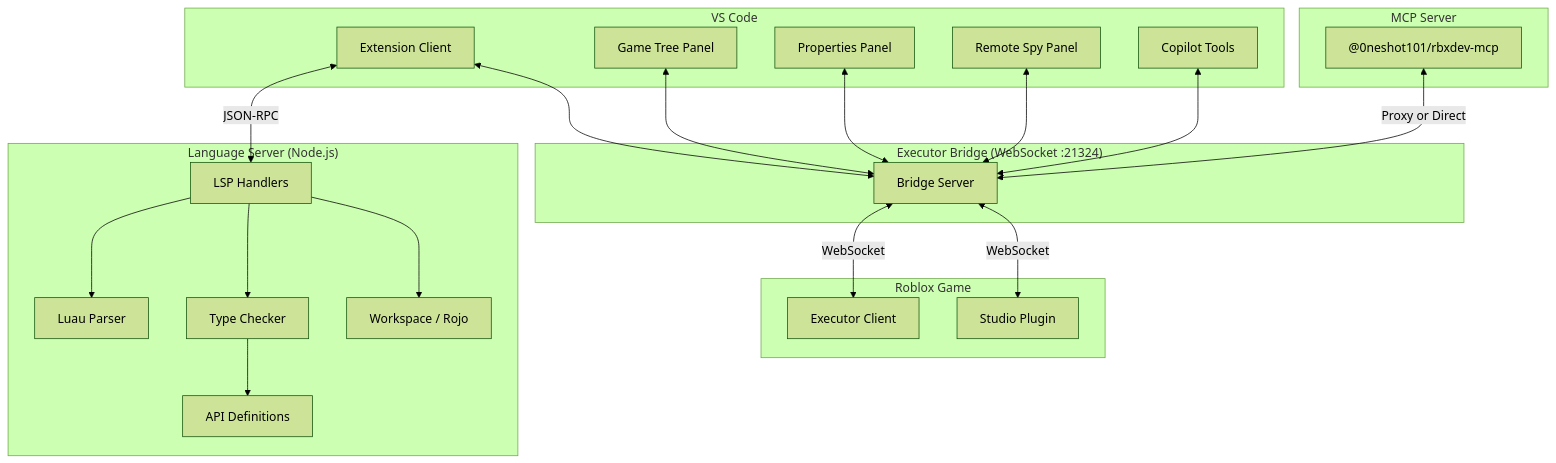
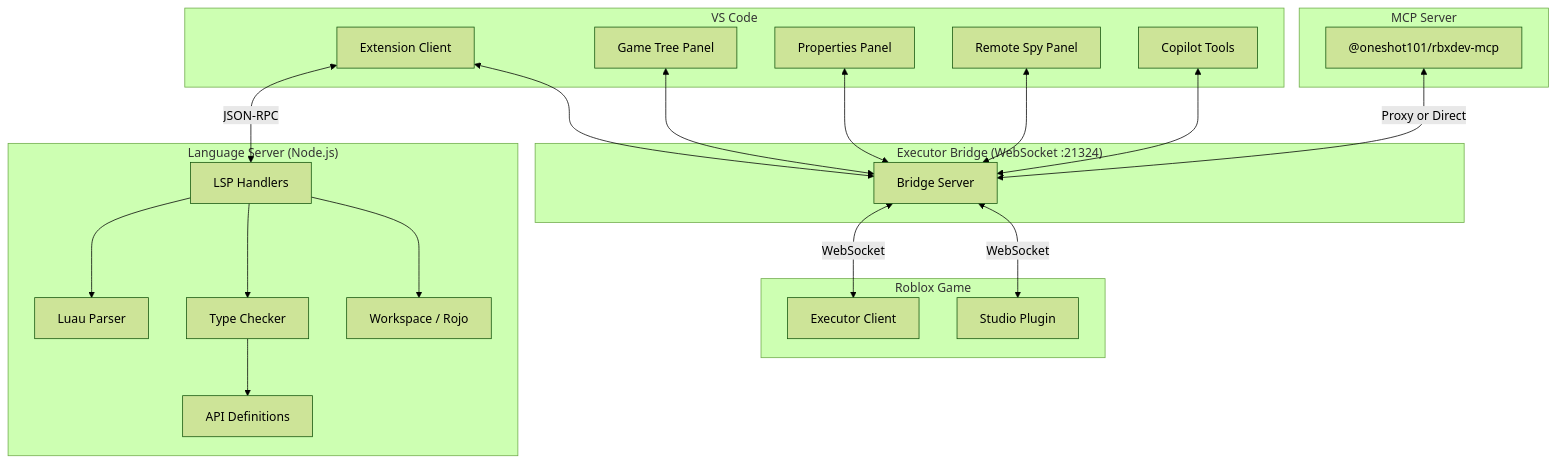
One commit to 0neShot101/rbxdev-ls changed the diagram in README.md. Above: the diagram before and after it, drawn with Mermaid (forest theme). The commit also changed other lines of this file and 40 other files, not shown here.

````diff
--- a/README.md
+++ b/README.md
@@ -80,45 +80,45 @@
 ```mermaid
 graph TD
     subgraph Editor["VS Code"]
         EXT["Extension Client"]
         GT["Game Tree Panel"]
         PROPS["Properties Panel"]
         RSPY["Remote Spy Panel"]
         COPILOT["Copilot Tools"]
     end
 
     subgraph Server["Language Server (Node.js)"]
         LSP["LSP Handlers"]
         PARSER["Luau Parser"]
         TC["Type Checker"]
         DEFS["API Definitions"]
         WS["Workspace / Rojo"]
     end
 
     subgraph Bridge["Executor Bridge (WebSocket :21324)"]
         BRIDGE["Bridge Server"]
     end
 
     subgraph MCP["MCP Server"]
-        MCPS["@0neshot101/rbxdev-mcp"]
+        MCPS["@oneshot101/rbxdev-mcp"]
     end
 
     subgraph Game["Roblox Game"]
         EXEC["Executor Client"]
         STUDIO["Studio Plugin"]
     end
 
     EXT <-->|JSON-RPC| LSP
     LSP --> PARSER
     LSP --> TC
     TC --> DEFS
     LSP --> WS
     EXT <--> BRIDGE
     GT <--> BRIDGE
     PROPS <--> BRIDGE
     RSPY <--> BRIDGE
     COPILOT <--> BRIDGE
     BRIDGE <-->|WebSocket| EXEC
     BRIDGE <-->|WebSocket| STUDIO
     MCPS <-->|Proxy or Direct| BRIDGE
 ```
````
